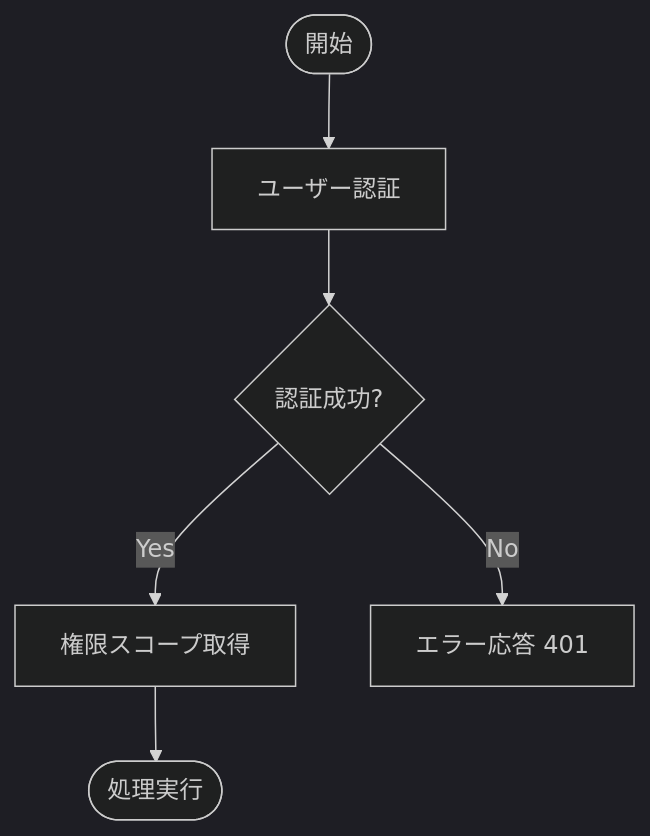
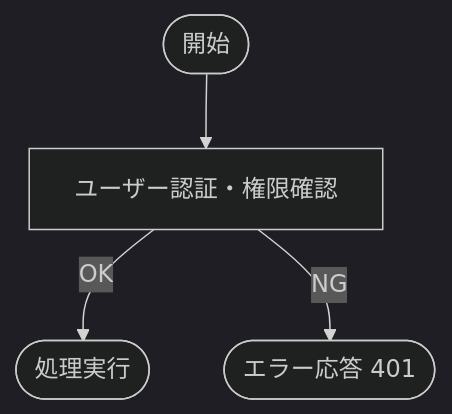
One commit to FunUd/ai-centric-marp-themes changed the diagram in scripts/diagrams/templates/mermaid/flowchart-col2.mmd. Above: the diagram before and after it, drawn with Mermaid (dark theme). The commit also changed 48 other files, not shown here.

```diff
--- a/scripts/diagrams/templates/mermaid/flowchart-col2.mmd
+++ b/scripts/diagrams/templates/mermaid/flowchart-col2.mmd
@@ -1,6 +1,4 @@
 flowchart TD
-    A([開始]) --> B[ユーザー認証]
-    B --> C{認証成功?}
-    C -- Yes --> D[権限スコープ取得]
-    C -- No --> E[エラー応答 401]
-    D --> F([処理実行])
+    A([開始]) --> B[ユーザー認証・権限確認]
+    B -- OK --> C([処理実行])
+    B -- NG --> D([エラー応答 401])
```
